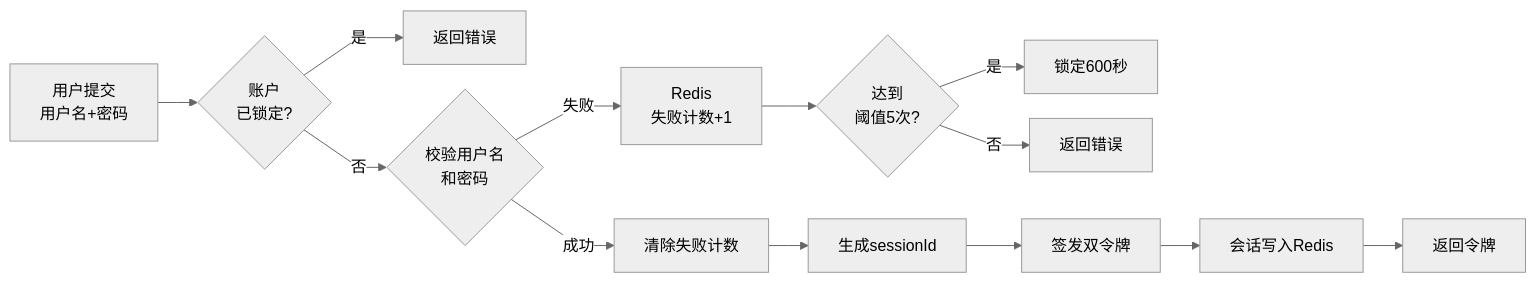
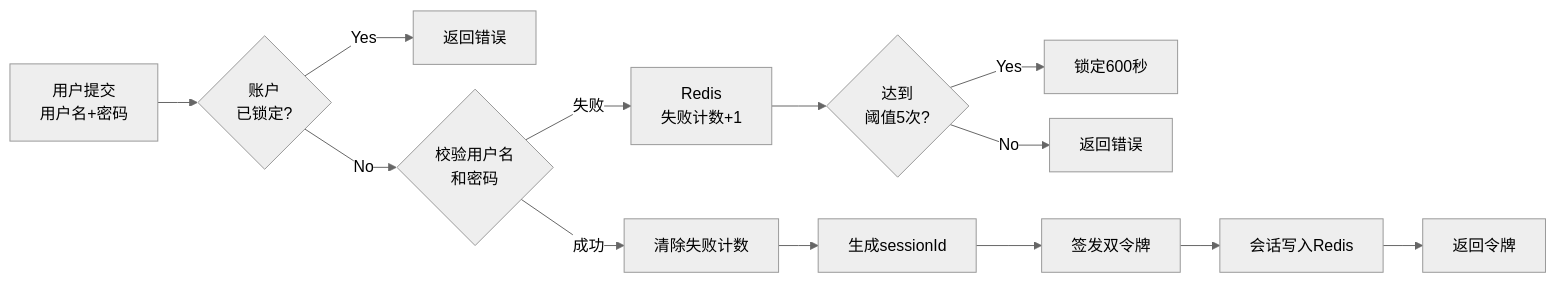
The diagram in docs/diagrams/fig4-5-auth-flow.mmd (Wkjlovec/graduation_project_zhuang), drawn with Mermaid before and after one commit. The commit also changed 14 other files, not shown here.

Commit message:
docs: 图4-1加分层标注, 流程图是/否改Yes/No, 搜索图改数据流样式, 4.3补充索引清单表

```diff
--- a/docs/diagrams/fig4-5-auth-flow.mmd
+++ b/docs/diagrams/fig4-5-auth-flow.mmd
@@ -1,14 +1,14 @@
 %%{init: {'theme': 'neutral', 'flowchart': {'curve': 'linear', 'rankSpacing': 40, 'nodeSpacing': 25}}}%%
 graph LR
     A["用户提交\n用户名+密码"] --> B{"账户\n已锁定?"}
-    B -->|是| C["返回错误"]
-    B -->|否| D{"校验用户名\n和密码"}
+    B -->|Yes| C["返回错误"]
+    B -->|No| D{"校验用户名\n和密码"}
     D -->|失败| E["Redis\n失败计数+1"]
     E --> F{"达到\n阈值5次?"}
-    F -->|是| G["锁定600秒"]
-    F -->|否| H["返回错误"]
+    F -->|Yes| G["锁定600秒"]
+    F -->|No| H["返回错误"]
     D -->|成功| I["清除失败计数"]
     I --> J["生成sessionId"]
     J --> K["签发双令牌"]
     K --> L["会话写入Redis"]
     L --> M["返回令牌"]
```
